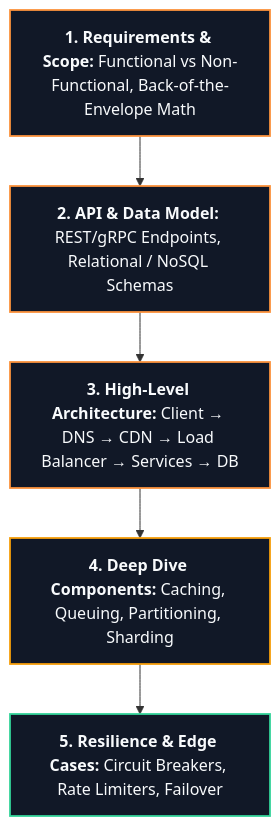
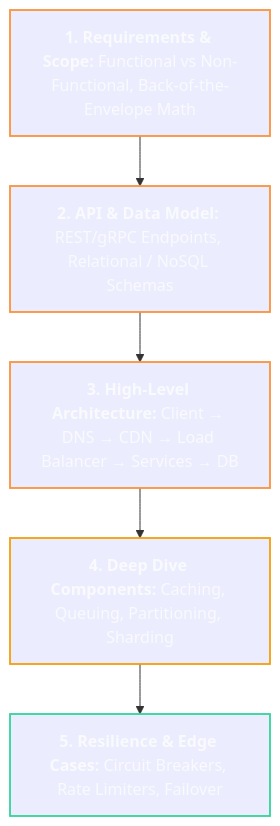
Before and after one commit to abhinavbharti2345/CS_Notes: the diagram in BrainOS/05 - Systems/System Design.md, drawn with Mermaid. The commit also changed 26 other files, not shown here.

Commit message:
feat: initialize BrainOS knowledge base with foundational curriculum and roadmap notes

````diff
--- a/BrainOS/05 - Systems/System Design.md
+++ b/BrainOS/05 - Systems/System Design.md
@@ -36,13 +36,13 @@
 ```mermaid
 flowchart TD
     S1["<b>1. Requirements & Scope:</b> Functional vs Non-Functional, Back-of-the-Envelope Math"] --> S2["<b>2. API & Data Model:</b> REST/gRPC Endpoints, Relational / NoSQL Schemas"]
     S2 --> S3["<b>3. High-Level Architecture:</b> Client → DNS → CDN → Load Balancer → Services → DB"]
     S3 --> S4["<b>4. Deep Dive Components:</b> Caching, Queuing, Partitioning, Sharding"]
     S4 --> S5["<b>5. Resilience & Edge Cases:</b> Circuit Breakers, Rate Limiters, Failover"]
 
-    style S1 fill:#111827,stroke:#FB923C,stroke-width:1.8px,color:#F8FAFC
-    style S2 fill:#111827,stroke:#FB923C,stroke-width:1.8px,color:#F8FAFC
-    style S3 fill:#111827,stroke:#FB923C,stroke-width:1.8px,color:#F8FAFC
-    style S4 fill:#111827,stroke:#F59E0B,stroke-width:1.8px,color:#F8FAFC
-    style S5 fill:#111827,stroke:#34D399,stroke-width:1.8px,color:#F8FAFC
+    style S1 stroke:#FB923C,stroke-width:1.8px,color:#F8FAFC
+    style S2 stroke:#FB923C,stroke-width:1.8px,color:#F8FAFC
+    style S3 stroke:#FB923C,stroke-width:1.8px,color:#F8FAFC
+    style S4 stroke:#F59E0B,stroke-width:1.8px,color:#F8FAFC
+    style S5 stroke:#34D399,stroke-width:1.8px,color:#F8FAFC
 ```
````
